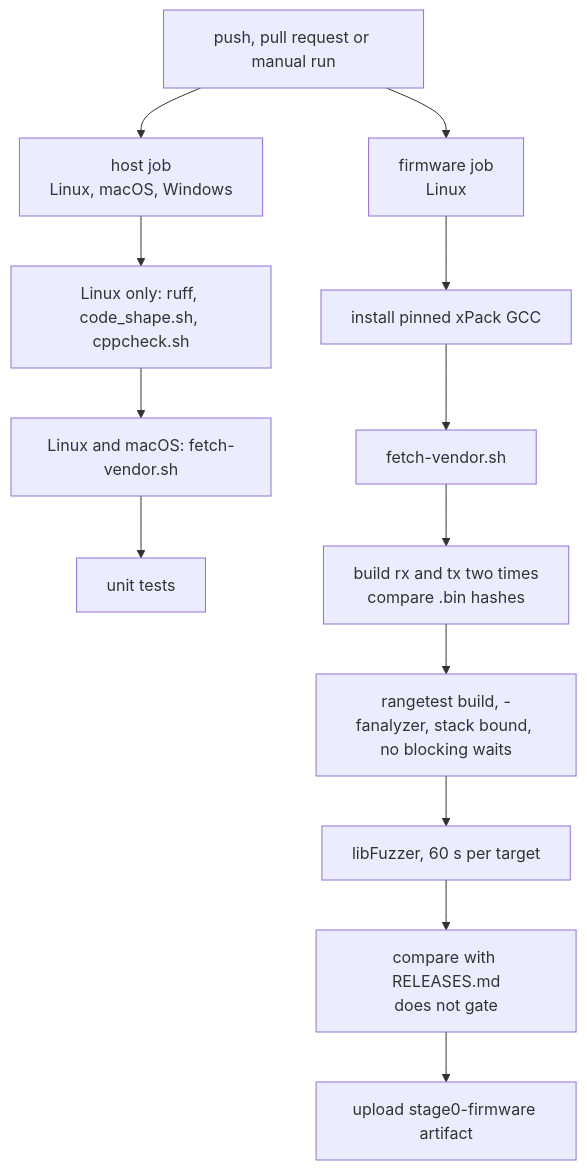
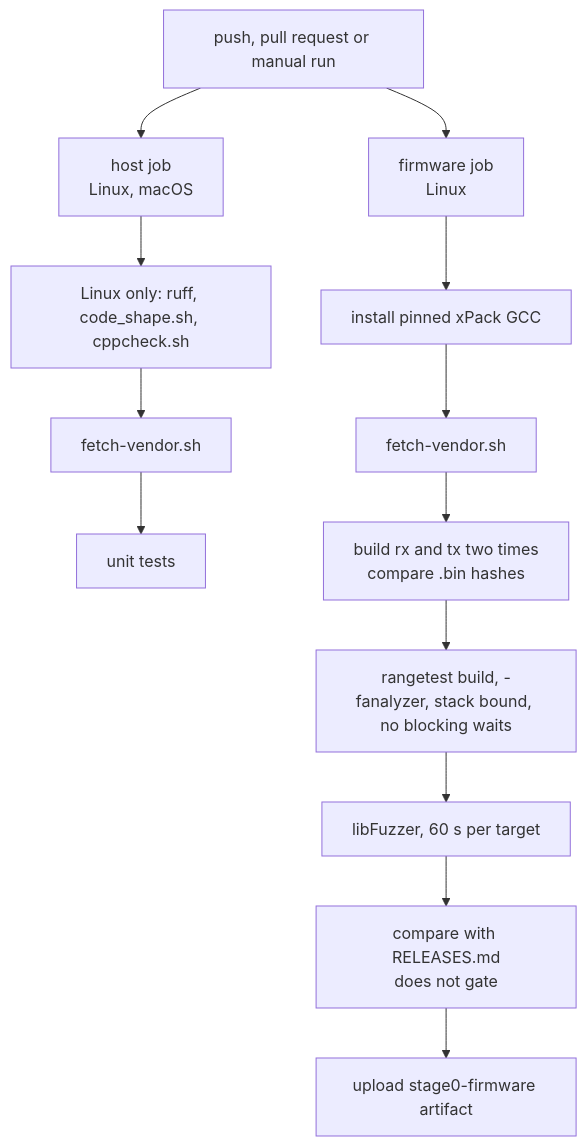
The second of 2 diagrams in tools/README.md (clintecker/weather-station-2026), drawn with Mermaid before and after one commit. The commit also changed other lines of this file and 3 other files, not shown here.

````diff
--- a/tools/README.md
+++ b/tools/README.md
@@ -49,15 +49,15 @@
 ```mermaid
 flowchart TD
-  P["push, pull request or manual run"] --> H["host job<br/>Linux, macOS, Windows"]
+  P["push, pull request or manual run"] --> H["host job<br/>Linux, macOS"]
   P --> F["firmware job<br/>Linux"]
   H --> H1["Linux only: ruff, code_shape.sh, cppcheck.sh"]
-  H1 --> H2["Linux and macOS: fetch-vendor.sh"]
+  H1 --> H2["fetch-vendor.sh"]
   H2 --> H3["unit tests"]
   F --> F1["install pinned xPack GCC"]
   F1 --> F2["fetch-vendor.sh"]
   F2 --> F3["build rx and tx two times<br/>compare .bin hashes"]
   F3 --> F4["rangetest build, -fanalyzer, stack bound, no blocking waits"]
   F4 --> F5["libFuzzer, 60 s per target"]
   F5 --> F6["compare with RELEASES.md<br/>does not gate"]
   F6 --> F7["upload stage0-firmware artifact"]
 ```
````
